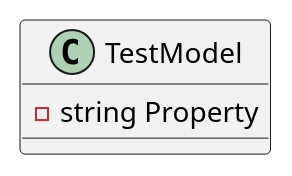
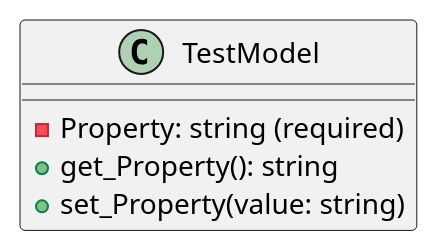
Before and after one commit to mwwhited-forks/dotnet-libs: the first of 2 diagrams in docs/generated/Framework/Eliassen.System.Tests/Reflection/TestTargets/Documentation.md, drawn with PlantUML. The commit also changed other lines of this file and 444 other files, not shown here.

````diff
--- a/docs/generated/Framework/Eliassen.System.Tests/Reflection/TestTargets/Documentation.md
+++ b/docs/generated/Framework/Eliassen.System.Tests/Reflection/TestTargets/Documentation.md
@@ -17,8 +8,9 @@
 ```plantuml
 @startuml
 class TestModel {
-  -string Property
+  -Property: string (required)
+  +get_Property(): string
+  +set_Property(value: string)
 }
-
 @enduml
 ```
````
